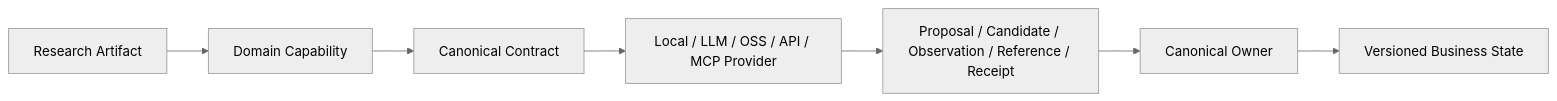
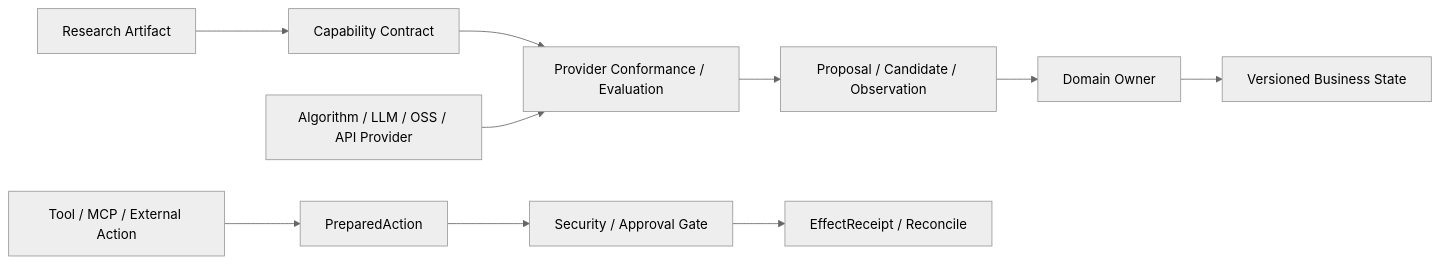
Before and after one commit to ProfessorZhi/Zuno: the fourth of 14 diagrams in docs/architecture/architecture-views.md, drawn with Mermaid (neutral theme). The commit also changed other lines of this file and 3 other files, not shown here.

Commit message:
docs: refine overall architecture module candidates

````diff
--- a/docs/architecture/architecture-views.md
+++ b/docs/architecture/architecture-views.md
@@ -76,10 +92,13 @@
 ```mermaid
 flowchart LR
-  RESEARCH[Research Artifact] --> CAP[Domain Capability]
-  CAP --> CONTRACT[Canonical Contract]
-  PROVIDER[Local / LLM / OSS / API / MCP Provider]
-  PROPOSAL[Proposal / Candidate / Observation / Reference / Receipt]
-  OWNER[Canonical Owner]
-  CONTRACT --> PROVIDER --> PROPOSAL --> OWNER
+  RESEARCH[Research Artifact] --> CAP[Capability Contract]
+  CAP --> CP[Provider Conformance / Evaluation]
+  CP --> PROPOSAL[Proposal / Candidate / Observation]
+  PROVIDER[Algorithm / LLM / OSS / API Provider]
+  PROVIDER --> CP
+  TOOL[Tool / MCP / External Action] --> PREP[PreparedAction]
+  PREP --> GATE[Security / Approval Gate]
+  GATE --> EFFECT[EffectReceipt / Reconcile]
+  PROPOSAL --> OWNER[Domain Owner]
   OWNER --> VERSION[Versioned Business State]
 ```
````
